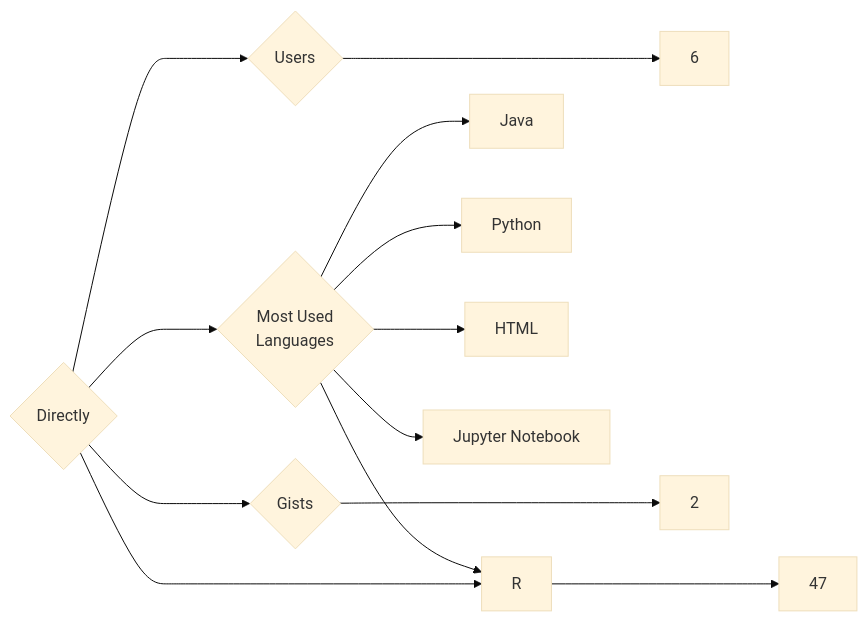
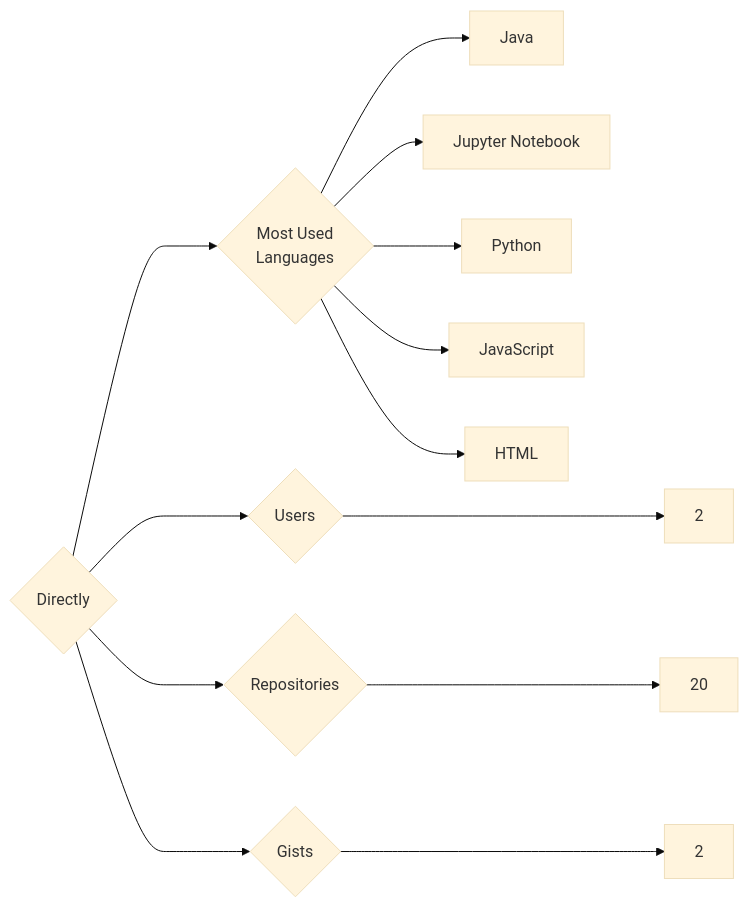
One commit to trickest/insiders changed the diagram in targets/Directly/README.md. Above: the diagram before and after it, drawn with Mermaid (base theme). The commit also changed 776 other files, not shown here.

````diff
--- a/targets/Directly/README.md
+++ b/targets/Directly/README.md
@@ -3,13 +3,13 @@
 ```mermaid
 graph LR
 COMPANY_NAME{Directly}
-COMPANY_NAME ---> U{Users} ---> UN[6]
-COMPANY_NAME ---> R{Repositories} ---> RN[47]
+COMPANY_NAME ---> U{Users} ---> UN[2]
+COMPANY_NAME ---> R{Repositories} ---> RN[20]
 COMPANY_NAME ---> G{Gists} ---> GN[2]
 COMPANY_NAME ---> ML{Most Used<br>Languages}
 ML --> Java[Java]
-ML --> R[R]
+ML --> Jupyter_Notebook[Jupyter Notebook]
 ML --> Python[Python]
+ML --> JavaScript[JavaScript]
 ML --> HTML[HTML]
-ML --> Jupyter_Notebook[Jupyter Notebook]
 ```
````
